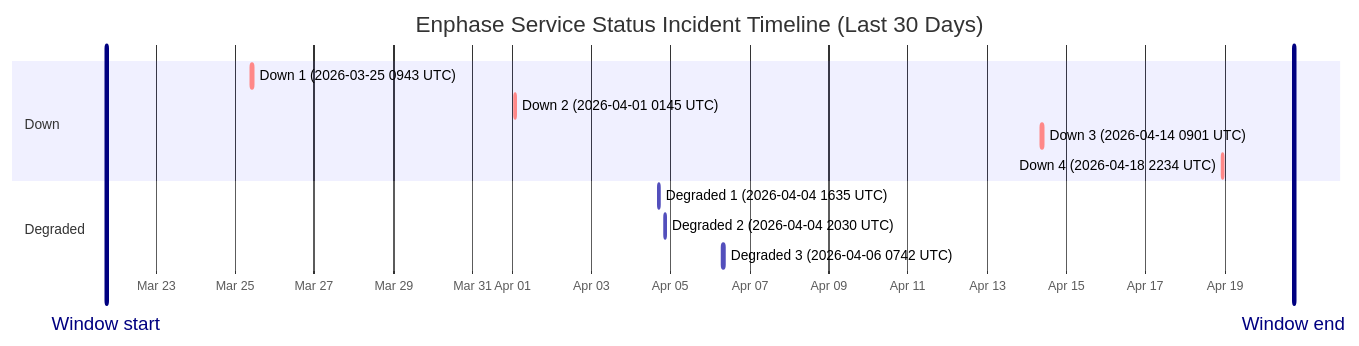
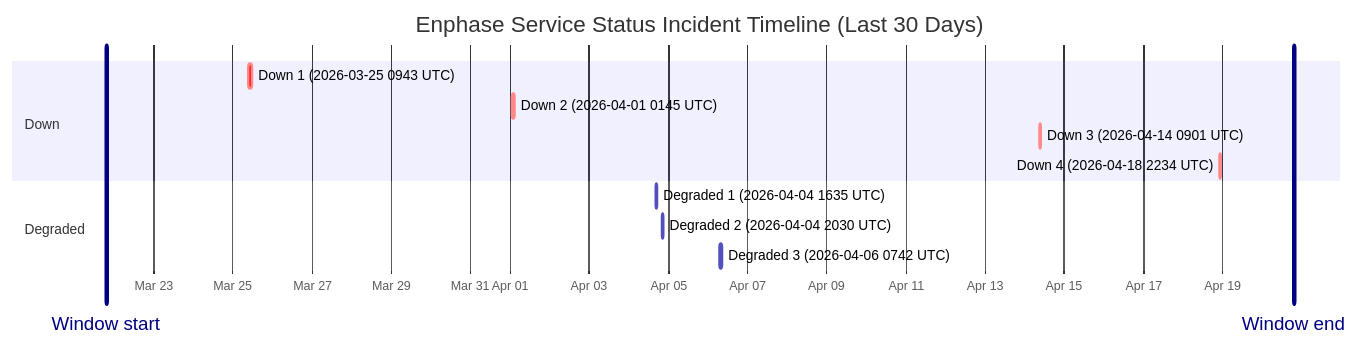
Before and after one commit to barneyonline/ha-enphase-ev-charger: the diagram in wiki/Service-Status-History.md, drawn with Mermaid. The commit also changed other lines of this file and 3 other files, not shown here.

````diff
--- a/wiki/Service-Status-History.md
+++ b/wiki/Service-Status-History.md
@@ -14,17 +14,17 @@
 ```mermaid
 gantt
     title Enphase Service Status Incident Timeline (Last 30 Days)
     dateFormat  YYYY-MM-DDTHH:mm:ss
     axisFormat  %b %d
-    Window start :vert, window-start, 2026-03-21T17:57:15, 0ms
-    Window end :vert, window-end, 2026-04-20T17:57:15, 0ms
+    Window start :vert, window-start, 2026-03-21T19:13:47, 0ms
+    Window end :vert, window-end, 2026-04-20T19:13:47, 0ms
     section Down
     Down 1 (2026-03-25 0943 UTC) :crit, down-1, 2026-03-25T09:43:28, 111m
     Down 2 (2026-04-01 0145 UTC) :crit, down-2, 2026-04-01T01:45:09, 60m
     Down 3 (2026-04-14 0901 UTC) :crit, down-3, 2026-04-14T09:01:13, 60m
     Down 4 (2026-04-18 2234 UTC) :crit, down-4, 2026-04-18T22:34:13, 60m
     section Degraded
     Degraded 1 (2026-04-04 1635 UTC) :active, degraded-1, 2026-04-04T16:35:17, 60m
     Degraded 2 (2026-04-04 2030 UTC) :active, degraded-2, 2026-04-04T20:30:40, 60m
     Degraded 3 (2026-04-06 0742 UTC) :active, degraded-3, 2026-04-06T07:42:09, 85m
 ```
````
